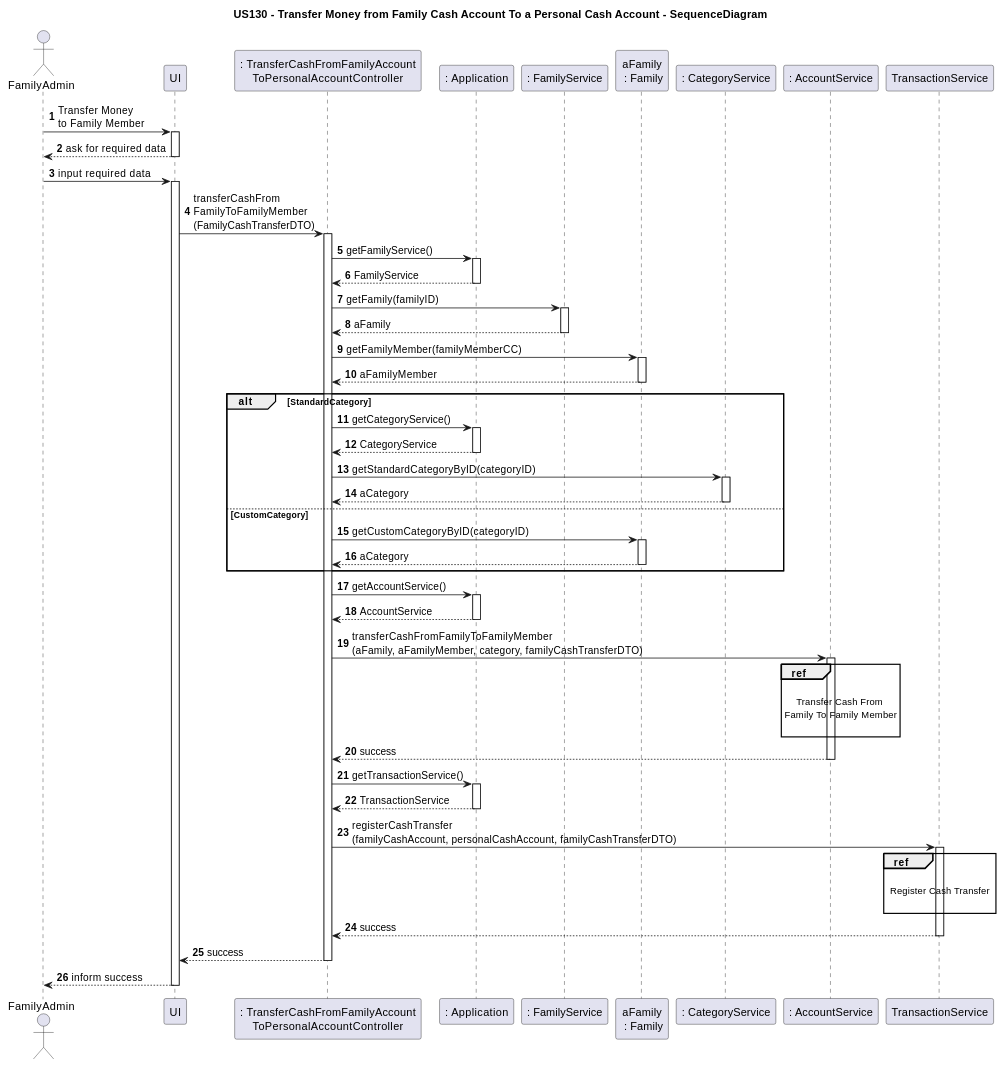
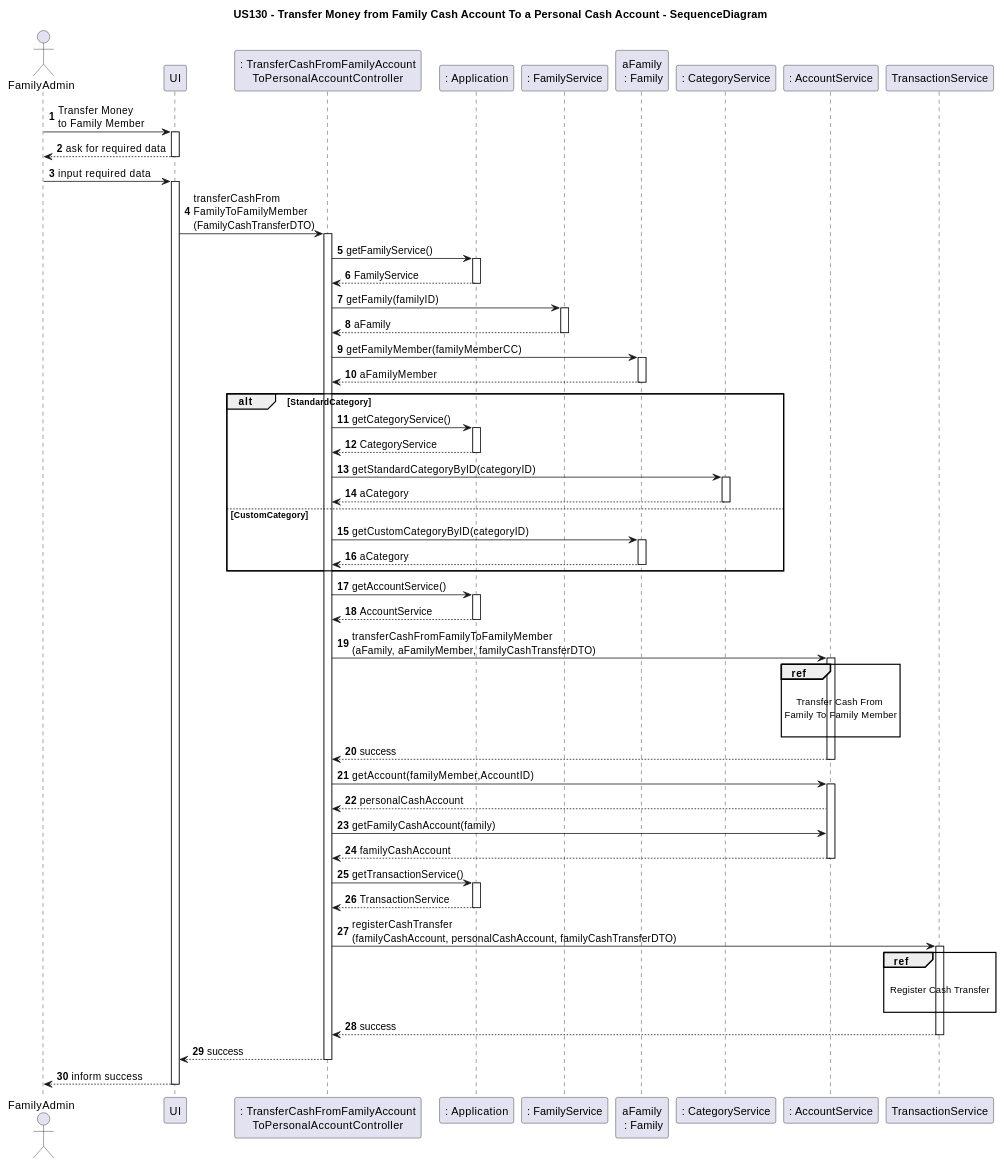
Before and after one commit to tomas-osswald/switch_2020_g3: the second of 4 diagrams in docs/sprint2/user_stories/US130_TransferToPersonalCashAccount.md, drawn with PlantUML. The commit also changed other lines of this file, not shown here.

```diff
--- a/docs/sprint2/user_stories/US130_TransferToPersonalCashAccount.md
+++ b/docs/sprint2/user_stories/US130_TransferToPersonalCashAccount.md
@@ -105,7 +117,7 @@
 App --> controller : AccountService
 deactivate App
 
-controller -> AccountService : transferCashFromFamilyToFamilyMember\n(aFamily, aFamilyMember, category, familyCashTransferDTO)
+controller -> AccountService : transferCashFromFamilyToFamilyMember\n(aFamily, aFamilyMember, familyCashTransferDTO)
 activate AccountService
 
 ref over AccountService
@@ -116,6 +128,13 @@
 end ref
 
 AccountService --> controller : success
+deactivate AccountService
+
+controller -> AccountService : getAccount(familyMember,AccountID)
+activate AccountService
+AccountService --> controller : personalCashAccount
+controller -> AccountService : getFamilyCashAccount(family)
+AccountService --> controller : familyCashAccount
 deactivate AccountService
 
 controller -> App : getTransactionService()
```
